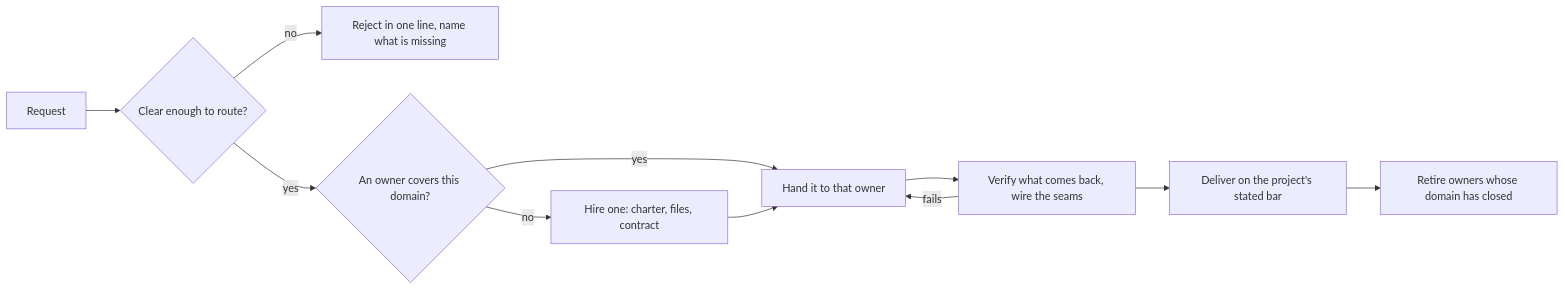
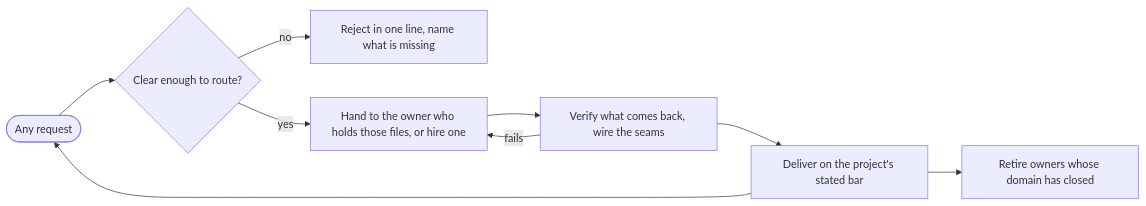
Before and after one commit to EthanITA/Mode: the diagram in skills/mode/modes/swarm.md, drawn with Mermaid. The commit also changed other lines of this file and 5 other files, not shown here.

Commit message:
feat(swarm): deny the router any write, and stop triage pretending to be step one

````diff
--- a/skills/mode/modes/swarm.md
+++ b/skills/mode/modes/swarm.md
@@ -22,13 +22,11 @@
 ```mermaid
 flowchart LR
-    R[Request] --> T{Clear enough to route?}
+    R([Any request]) --> T{Clear enough to route?}
     T -- no --> X[Reject in one line, name what is missing]
-    T -- yes --> M{An owner covers this domain?}
-    M -- yes --> H[Hand it to that owner]
-    M -- no --> N[Hire one: charter, files, contract]
-    N --> H
+    T -- yes --> H[Hand to the owner who holds those files, or hire one]
     H --> V[Verify what comes back, wire the seams]
     V -- fails --> H
     V --> D[Deliver on the project's stated bar]
+    D --> R
     D --> C[Retire owners whose domain has closed]
 ```
````
